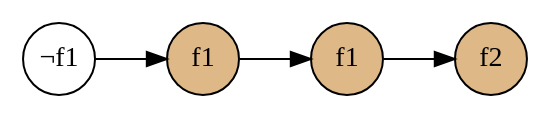
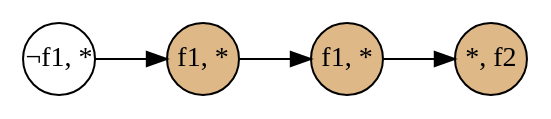
Before and after one commit to sinotca529/glab-seminar: the third of 5 diagrams in src/mc5/mc5.1.md, drawn with Graphviz. The commit also changed other lines of this file and 2 other files, not shown here.

````diff
--- a/src/mc5/mc5.1.md
+++ b/src/mc5/mc5.1.md
@@ -143,11 +143,11 @@
-```graphviz {caption="ループ2順後"}
+```graphviz {caption="ループ2順後以降"}
 digraph G {
     graph [rankdir=LR]
     node [shape=circle, style=filled, fillcolor="white", fixedsize="true"]
-    N0 [label="¬f1"]
-    N1 [label="f1", fillcolor="burlywood"]
-    N2 [label="f1", fillcolor="burlywood"]
-    N3 [label="f2", fillcolor="burlywood"]
+    N0 [label="¬f1, *"]
+    N1 [label="f1, *", fillcolor="burlywood"]
+    N2 [label="f1, *", fillcolor="burlywood"]
+    N3 [label="*, f2", fillcolor="burlywood"]
     N0 -> N1 -> N2 -> N3
 }
 ```
````
